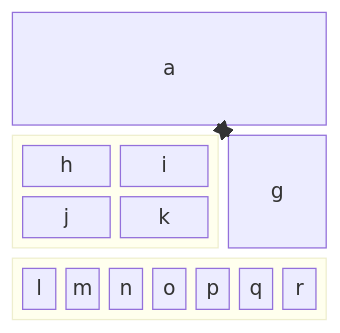
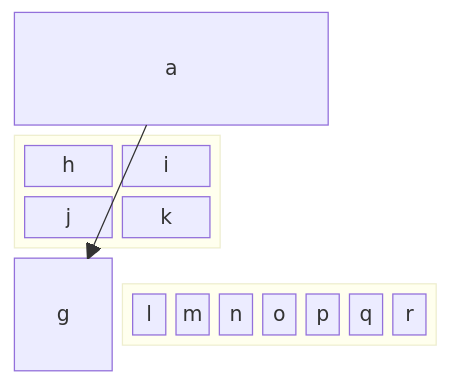
The fourth of 4 diagrams in seqdiagr/test_er.md (digitnow/data1500-lecture-02), drawn with Mermaid before and after one commit.

Commit message:
Update test_er.md
space in blocks and arrows

````diff
--- a/seqdiagr/test_er.md
+++ b/seqdiagr/test_er.md
@@ -61,16 +61,16 @@
 ```mermaid
 block
   columns 3
   a:3
   block:group1:2
     columns 2
     h i j k
   end
+  space
   g
   block:group2:3
     %% columns auto (default)
     l m n o p q r
   end
-  space
-  a <--> g
+  a --> g
 ```
````
